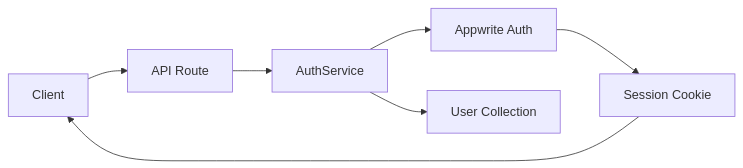
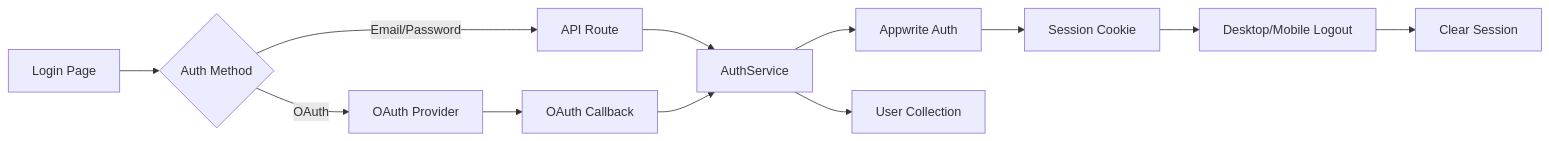
One commit to kpm34/college-football-fantasy-app changed the first of 6 diagrams in docs/DATA_FLOW.md. Above: the diagram before and after it, drawn with Mermaid. The commit also changed other lines of this file and 1 other file, not shown here.

First line of the commit message:
docs: update authentication flow with OAuth integration; enhance talent projections documentation

````diff
--- a/docs/DATA_FLOW.md
+++ b/docs/DATA_FLOW.md
@@ -6,9 +6,14 @@
 ```mermaid
 graph LR
-    A[Client] --> B[API Route]
-    B --> C[AuthService]
-    C --> D[Appwrite Auth]
-    D --> E[Session Cookie]
-    E --> A
-    C --> F[User Collection]
+    A[Login Page] --> B{Auth Method}
+    B -->|Email/Password| C[API Route]
+    B -->|OAuth| D[OAuth Provider]
+    C --> E[AuthService]
+    D --> F[OAuth Callback]
+    F --> E
+    E --> G[Appwrite Auth]
+    G --> H[Session Cookie]
+    H --> I[Desktop/Mobile Logout]
+    I --> J[Clear Session]
+    E --> K[User Collection]
 ```
````
